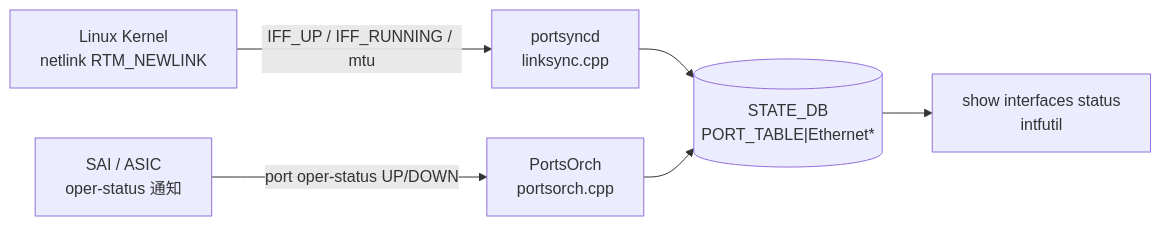
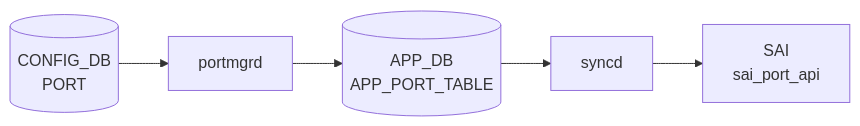
The diagram in docs/reference/config-db/ports-status.md (aoki-taquan/sonic-unofficial-docs), drawn with Mermaid before and after one commit. The commit also changed other lines of this file and 359 other files, not shown here.

````diff
--- a/docs/reference/config-db/ports-status.md
+++ b/docs/reference/config-db/ports-status.md
@@ -47,15 +47,12 @@
 ```mermaid
 flowchart LR
-  KERNEL["Linux Kernel<br/>netlink RTM_NEWLINK"]
-  LS["portsyncd<br/>linksync.cpp"]
-  SAI["SAI / ASIC<br/>oper-status 通知"]
-  ORCH["PortsOrch<br/>portsorch.cpp"]
-  STATE[("STATE_DB<br/>PORT_TABLE|Ethernet*")]
-  CLI["show interfaces status<br/>intfutil"]
-
-  KERNEL -->|"IFF_UP / IFF_RUNNING / mtu"| LS
-  SAI -->|"port oper-status UP/DOWN"| ORCH
-  LS --> STATE
-  ORCH --> STATE
-  STATE --> CLI
+  CDB[("CONFIG_DB<br/>PORT")]
+  DM["portmgrd"]
+  CDB --> DM
+  APPDB[("APP_DB<br/>APP_PORT_TABLE")]
+  DM --> APPDB
+  SYNCD["syncd"]
+  APPDB --> SYNCD
+  SAI["SAI<br/>sai_port_api"]
+  SYNCD --> SAI
 ```
````
